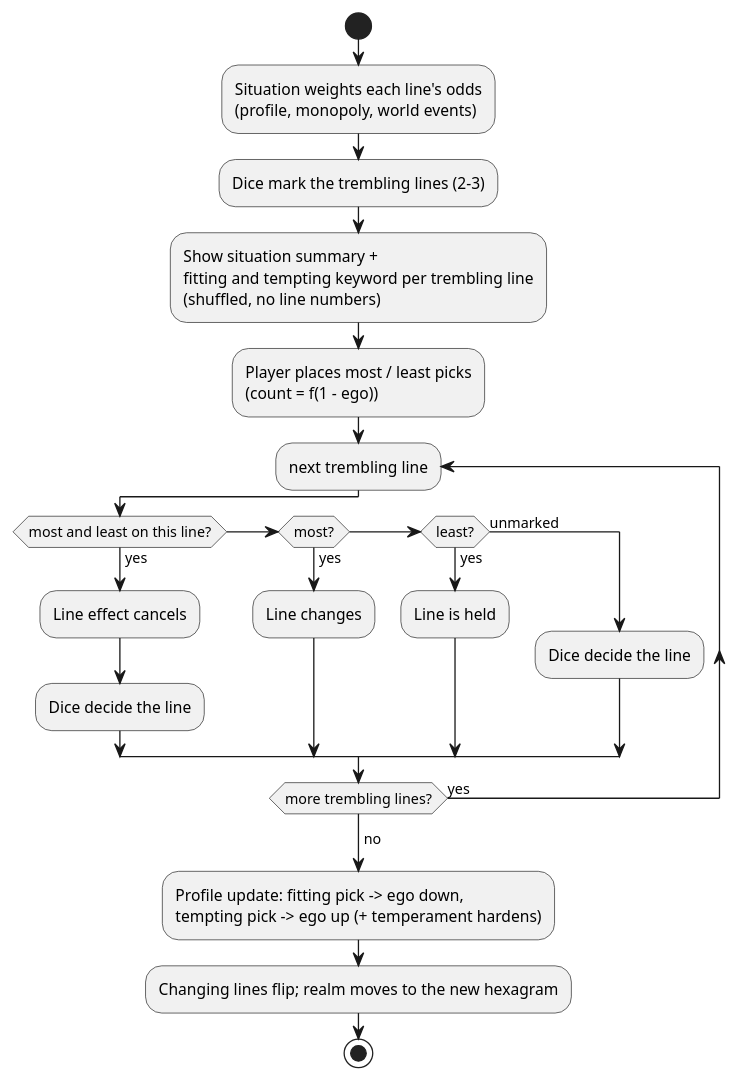
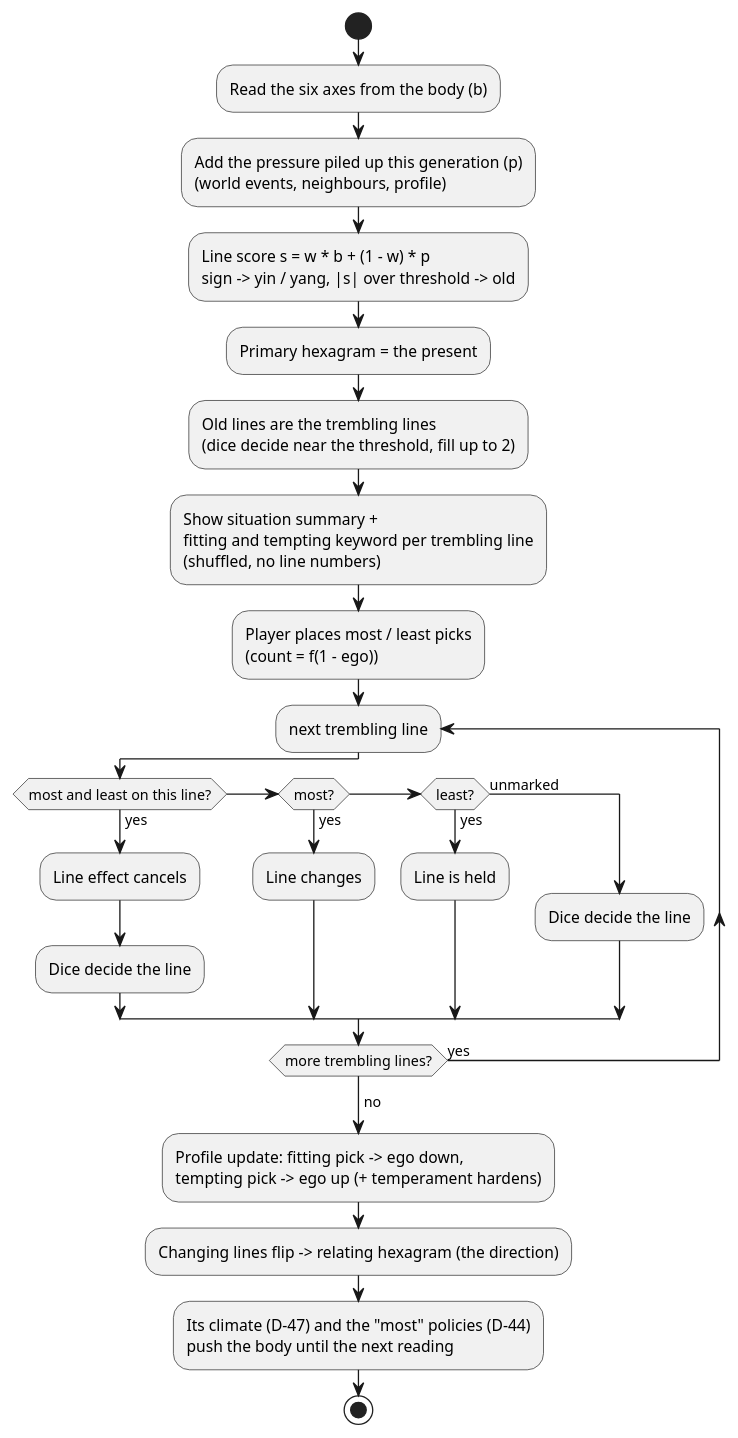
The second of 3 diagrams in .doc/26-11-17 Game design brainstorming/brainstorming-base.md (zzt108/Syntropy), drawn with PlantUML before and after one commit. The commit also changed other lines of this file, not shown here.

First line of the commit message:
Let the body cast the hexagram lines; add trigram climate

````diff
--- a/.doc/26-11-17 Game design brainstorming/brainstorming-base.md
+++ b/.doc/26-11-17 Game design brainstorming/brainstorming-base.md
@@ -100,25 +102,29 @@
 ```plantuml
 @startuml
 start
-:Situation weights each line's odds\n(profile, monopoly, world events);
-:Dice mark the trembling lines (2-3);
+:Read the six axes from the body (b);
+:Add the pressure piled up this generation (p)\n(world events, neighbours, profile);
+:Line score s = w * b + (1 - w) * p\nsign -> yin / yang, |s| over threshold -> old;
+:Primary hexagram = the present;
+:Old lines are the trembling lines\n(dice decide near the threshold, fill up to 2);
 :Show situation summary +\nfitting and tempting keyword per trembling line\n(shuffled, no line numbers);
 :Player places most / least picks\n(count = f(1 - ego));
 repeat :next trembling line;
   if (most and least on this line?) then (yes)
     :Line effect cancels;
     :Dice decide the line;
   elseif (most?) then (yes)
     :Line changes;
   elseif (least?) then (yes)
     :Line is held;
   else (unmarked)
     :Dice decide the line;
   endif
 repeat while (more trembling lines?) is (yes)
 ->no;
 :Profile update: fitting pick -> ego down,\ntempting pick -> ego up (+ temperament hardens);
-:Changing lines flip; realm moves to the new hexagram;
+:Changing lines flip -> relating hexagram (the direction);
+:Its climate (D-47) and the "most" policies (D-44)\npush the body until the next reading;
 stop
 @enduml
 ```
````
